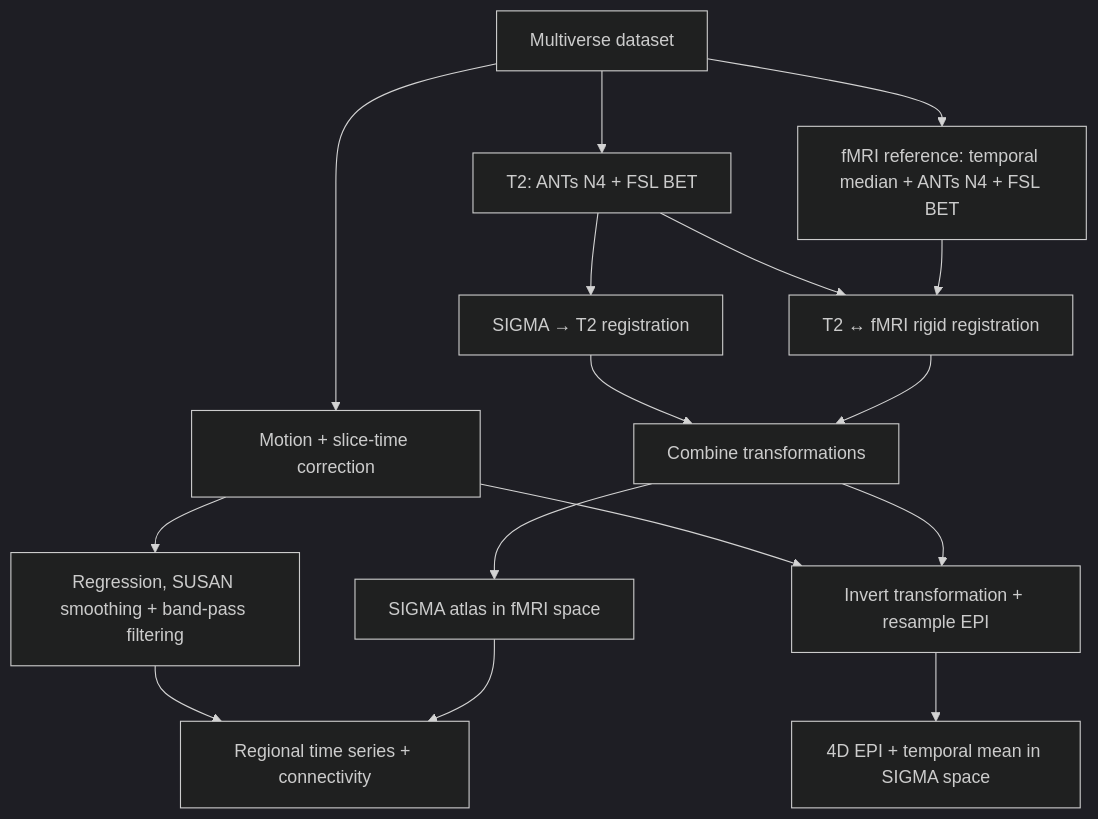
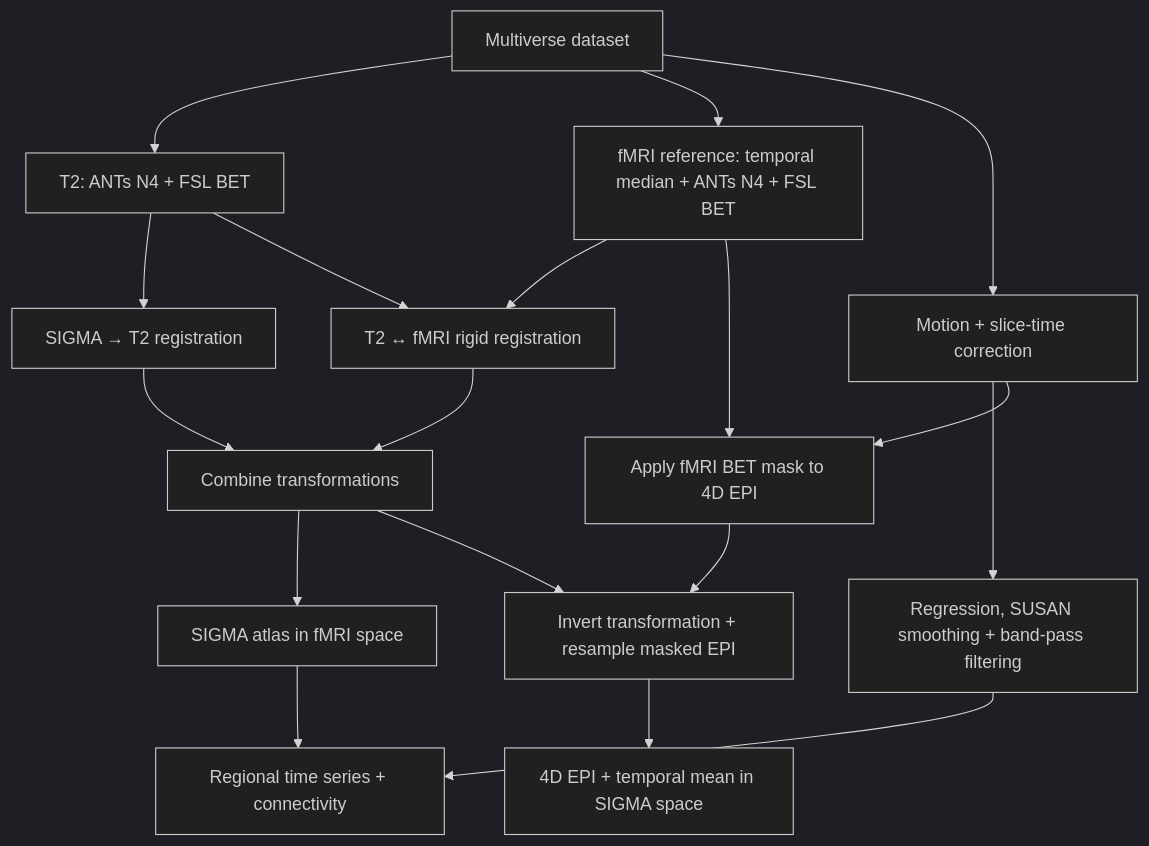
One commit to cramerjulian21c/AIDAmri_julian changed the diagram in multiverse_description.md. Above: the diagram before and after it, drawn with Mermaid (dark theme). The commit also changed other lines of this file and 2 other files, not shown here.

Commit message:
feat: implement BET mask application for fMRI data in Create_multiverse_output.py

````diff
--- a/multiverse_description.md
+++ b/multiverse_description.md
@@ -83,21 +85,23 @@
 ```mermaid
 flowchart TD
     DATA["Multiverse dataset"] --> T2["T2: ANTs N4 + FSL BET"]
     T2 --> T2REG["SIGMA → T2 registration"]
 
     DATA --> FREF["fMRI reference: temporal median + ANTs N4 + FSL BET"]
     T2 --> FMREG["T2 ↔ fMRI rigid registration"]
     FREF --> FMREG
     T2REG --> COMP["Combine transformations"]
     FMREG --> COMP
     COMP --> ATLAS["SIGMA atlas in fMRI space"]
 
     DATA --> EPI["Motion + slice-time correction"]
     EPI --> ANALYSIS["Regression, SUSAN smoothing + band-pass filtering"]
     ANALYSIS --> FC["Regional time series + connectivity"]
     ATLAS --> FC
 
-    EPI --> EXPORT["Invert transformation + resample EPI"]
+    FREF --> BETMASK["Apply fMRI BET mask to 4D EPI"]
+    EPI --> BETMASK
+    BETMASK --> EXPORT["Invert transformation + resample masked EPI"]
     COMP --> EXPORT
     EXPORT --> SIGMA["4D EPI + temporal mean in SIGMA space"]
 ```
````
